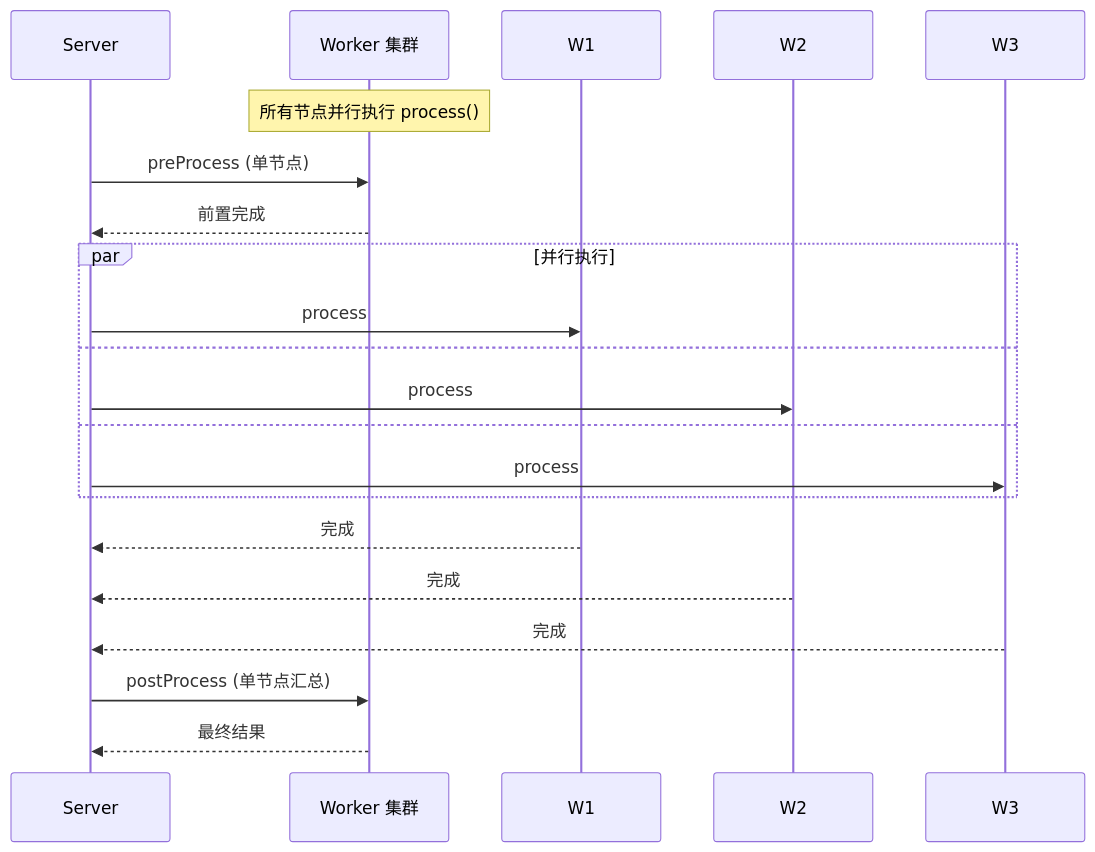
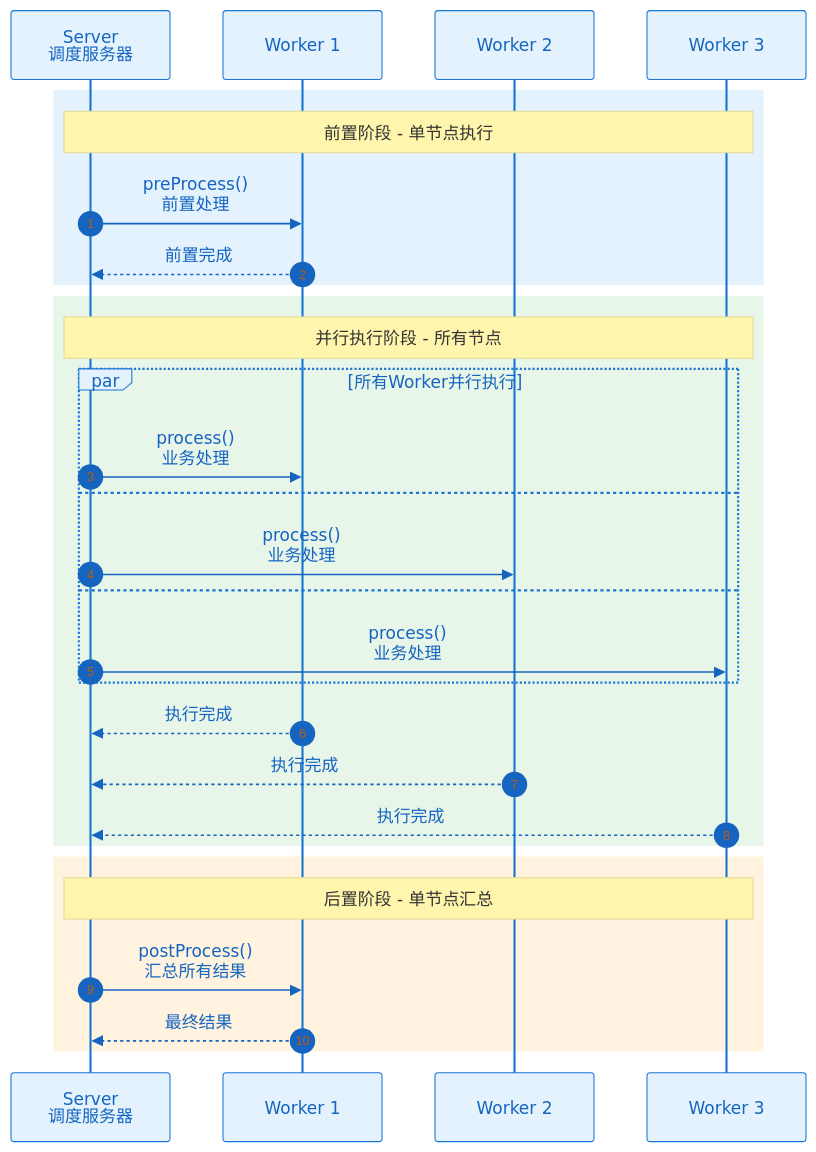
The first of 2 diagrams in zh/core/processor.md (Echo009/PowerJob-Docs), drawn with Mermaid before and after one commit. The commit also changed other lines of this file and 7 other files, not shown here.

Commit message:
chore: 优化文档中的 mermaid 图表样式

````diff
--- a/zh/core/processor.md
+++ b/zh/core/processor.md
@@ -85,25 +85,37 @@
 ```mermaid
+%%{init: {'theme':'base', 'themeVariables': { 'primaryColor':'#e3f2fd', 'primaryTextColor':'#1565c0', 'primaryBorderColor':'#1976d2', 'lineColor':'#42a5f5', 'secondaryColor':'#e8f5e9', 'tertiaryColor':'#fff3e0', 'background':'#ffffff'}}}%%
 sequenceDiagram
-    participant S as Server
-    participant W as Worker 集群
+    autonumber
 
-    Note over W: 所有节点并行执行 process()
+    participant Server as Server<br/>调度服务器
+    participant Worker1 as Worker 1
+    participant Worker2 as Worker 2
+    participant Worker3 as Worker 3
 
-    S->>W: preProcess (单节点)
-    W-->>S: 前置完成
-
-    par 并行执行
-        S->>W1: process
-    and
-        S->>W2: process
-    and
-        S->>W3: process
+    rect rgb(227, 242, 253)
+        Note over Server,Worker3: 前置阶段 - 单节点执行
+        Server->>Worker1: preProcess()<br/>前置处理
+        Worker1-->>Server: 前置完成
     end
 
-    W1-->>S: 完成
-    W2-->>S: 完成
-    W3-->>S: 完成
+    rect rgb(232, 245, 233)
+        Note over Server,Worker3: 并行执行阶段 - 所有节点
+        par 所有Worker并行执行
+            Server->>Worker1: process()<br/>业务处理
+        and
+            Server->>Worker2: process()<br/>业务处理
+        and
+            Server->>Worker3: process()<br/>业务处理
+        end
 
-    S->>W: postProcess (单节点汇总)
-    W-->>S: 最终结果
+        Worker1-->>Server: 执行完成
+        Worker2-->>Server: 执行完成
+        Worker3-->>Server: 执行完成
+    end
+
+    rect rgb(255, 243, 224)
+        Note over Server,Worker3: 后置阶段 - 单节点汇总
+        Server->>Worker1: postProcess()<br/>汇总所有结果
+        Worker1-->>Server: 最终结果
+    end
 ```
````
